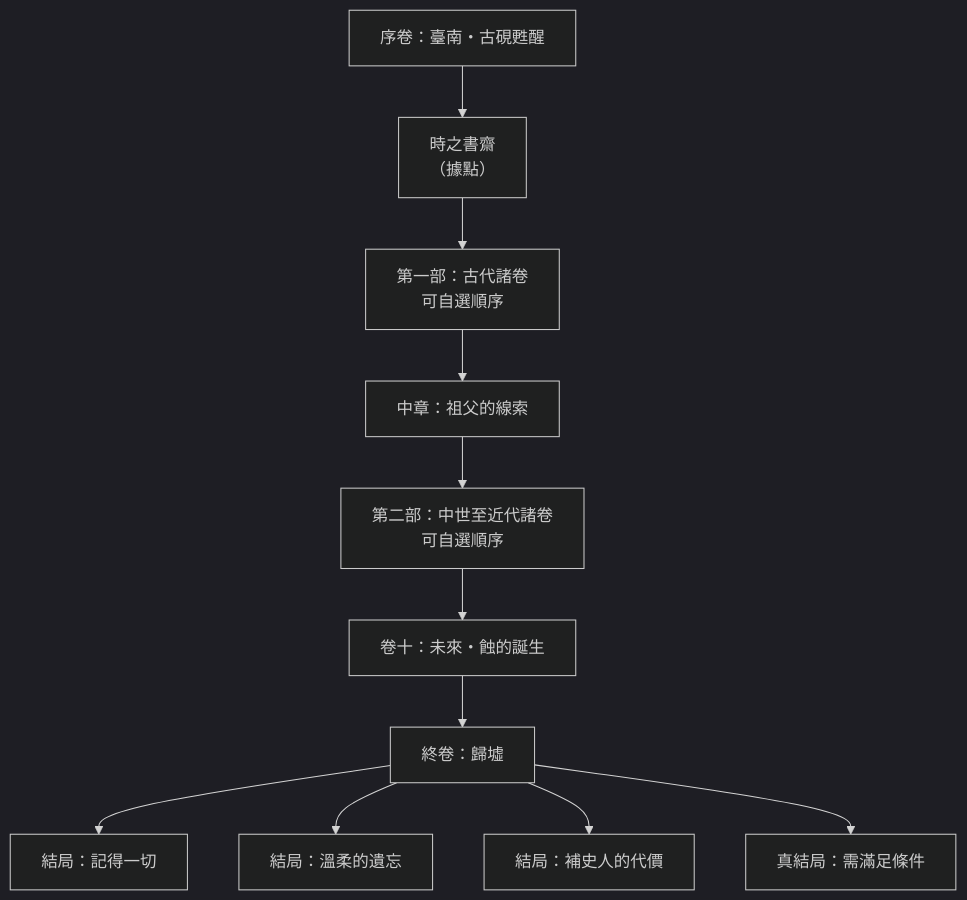
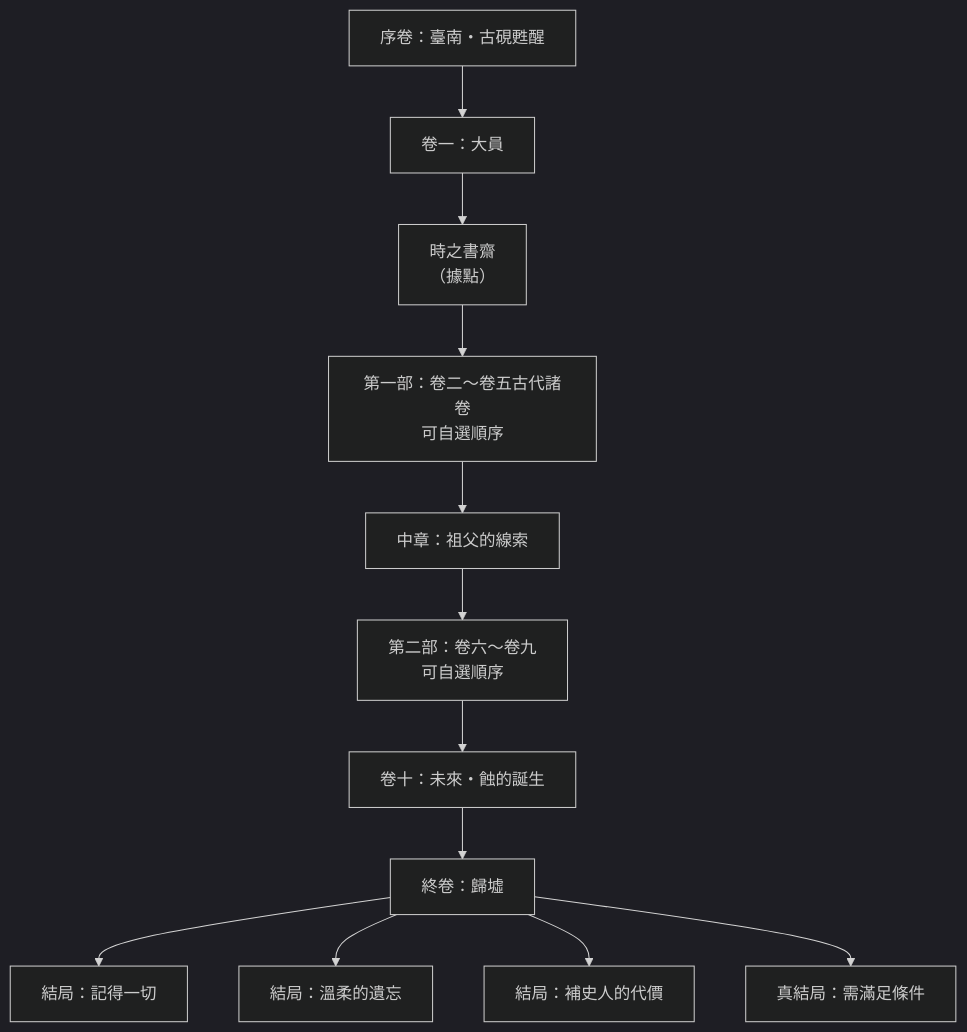
One commit to Caf555/ForApple changed the first of 2 diagrams in 文字RPG企劃/遊戲架構企劃書.md. Above: the diagram before and after it, drawn with Mermaid (dark theme). The commit also changed other lines of this file and 5 other files, not shown here.

````diff
--- a/文字RPG企劃/遊戲架構企劃書.md
+++ b/文字RPG企劃/遊戲架構企劃書.md
@@ -104,13 +104,14 @@
 ```mermaid
 flowchart TD
-    A[序卷：臺南・古硯甦醒] --> B[時之書齋<br/>（據點）]
-    B --> C1[第一部：古代諸卷<br/>可自選順序]
+    A[序卷：臺南・古硯甦醒] --> V1[卷一：大員]
+    V1 --> B[時之書齋<br/>（據點）]
+    B --> C1[第一部：卷二～卷五古代諸卷<br/>可自選順序]
     C1 --> M[中章：祖父的線索]
-    M --> C2[第二部：中世至近代諸卷<br/>可自選順序]
+    M --> C2[第二部：卷六～卷九<br/>可自選順序]
     C2 --> F[卷十：未來・蝕的誕生]
     F --> E[終卷：歸墟]
     E --> E1[結局：記得一切]
     E --> E2[結局：溫柔的遺忘]
     E --> E3[結局：補史人的代價]
     E --> E4[真結局：需滿足條件]
 ```
````
